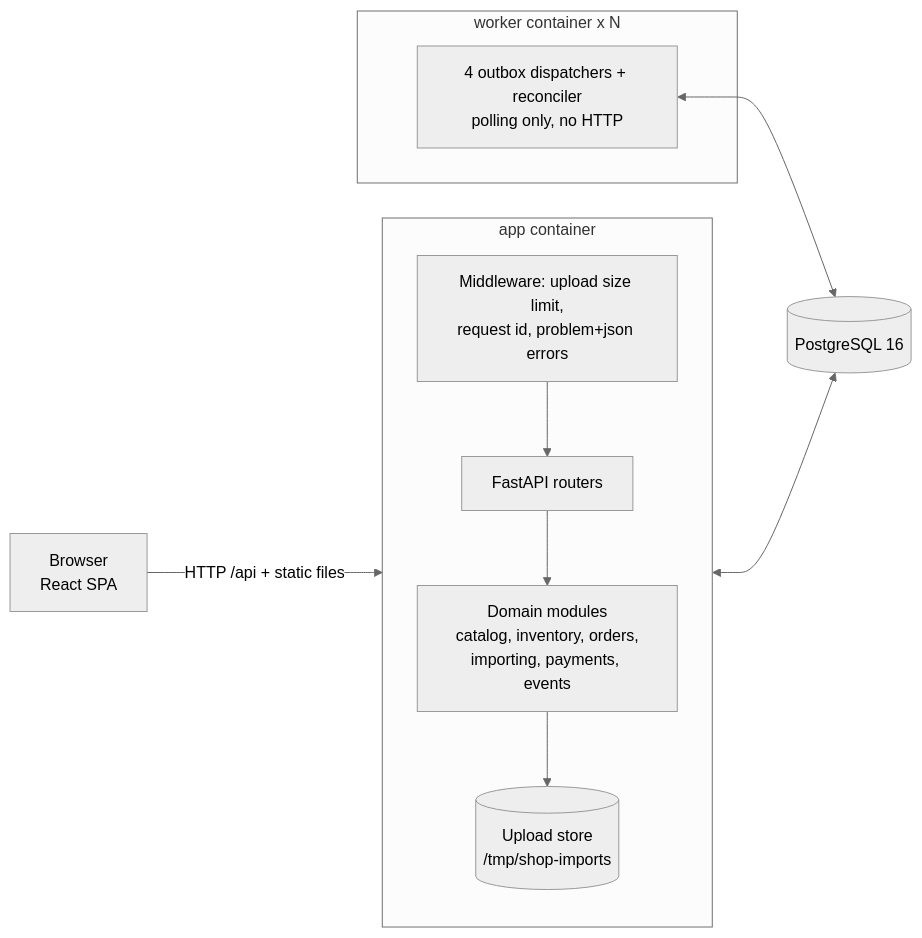
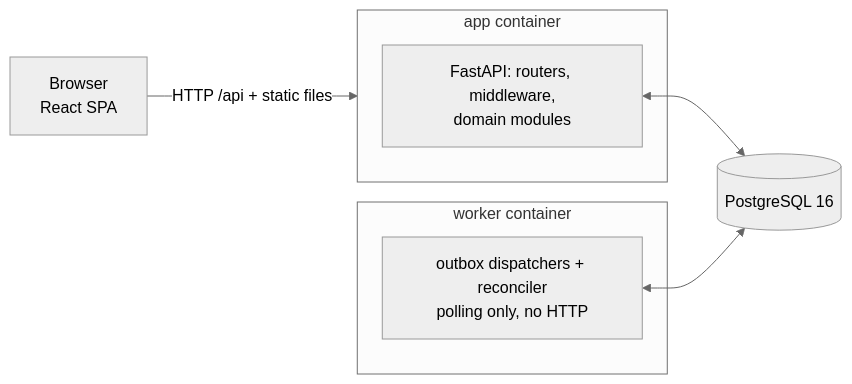
One commit to devSamuel/testshop changed the diagram in docs/architecture.md. Above: the diagram before and after it, drawn with Mermaid (neutral theme). The commit also changed other lines of this file and 19 other files, not shown here.

````diff
--- a/docs/architecture.md
+++ b/docs/architecture.md
@@ -9,18 +7,12 @@
 ```mermaid
 flowchart LR
   B[Browser<br/>React SPA] -->|HTTP /api + static files| APP
   subgraph APP[app container]
-    direction TB
-    MW[Middleware: upload size limit,<br/>request id, problem+json errors]
-    API[FastAPI routers]
-    DOM[Domain modules<br/>catalog, inventory, orders,<br/>importing, payments, events]
-    STORE[(Upload store<br/>/tmp/shop-imports)]
-    MW --> API --> DOM
-    DOM --> STORE
+    API[FastAPI: routers, middleware,<br/>domain modules]
   end
-  subgraph WRK[worker container x N]
-    BG[4 outbox dispatchers + reconciler<br/>polling only, no HTTP]
+  subgraph WRK[worker container]
+    BG[outbox dispatchers + reconciler<br/>polling only, no HTTP]
   end
-  DOM <--> PG[(PostgreSQL 16)]
+  API <--> PG[(PostgreSQL 16)]
   BG <--> PG
 ```
````
